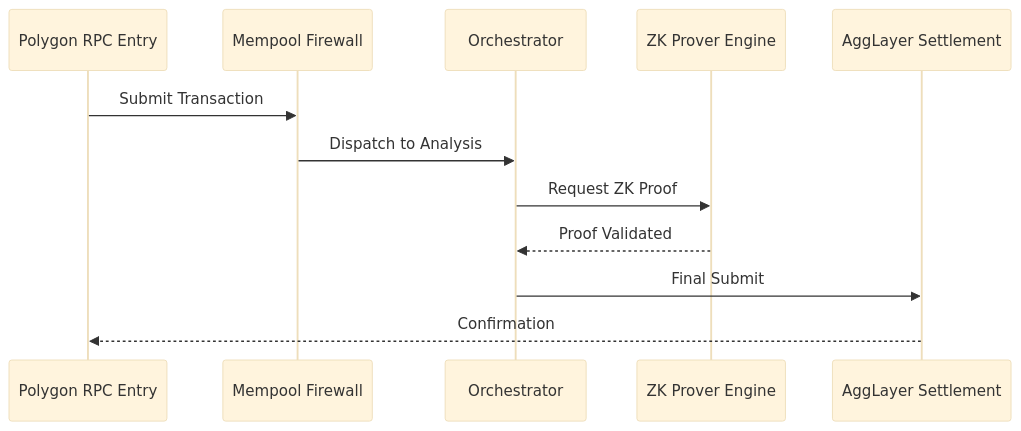
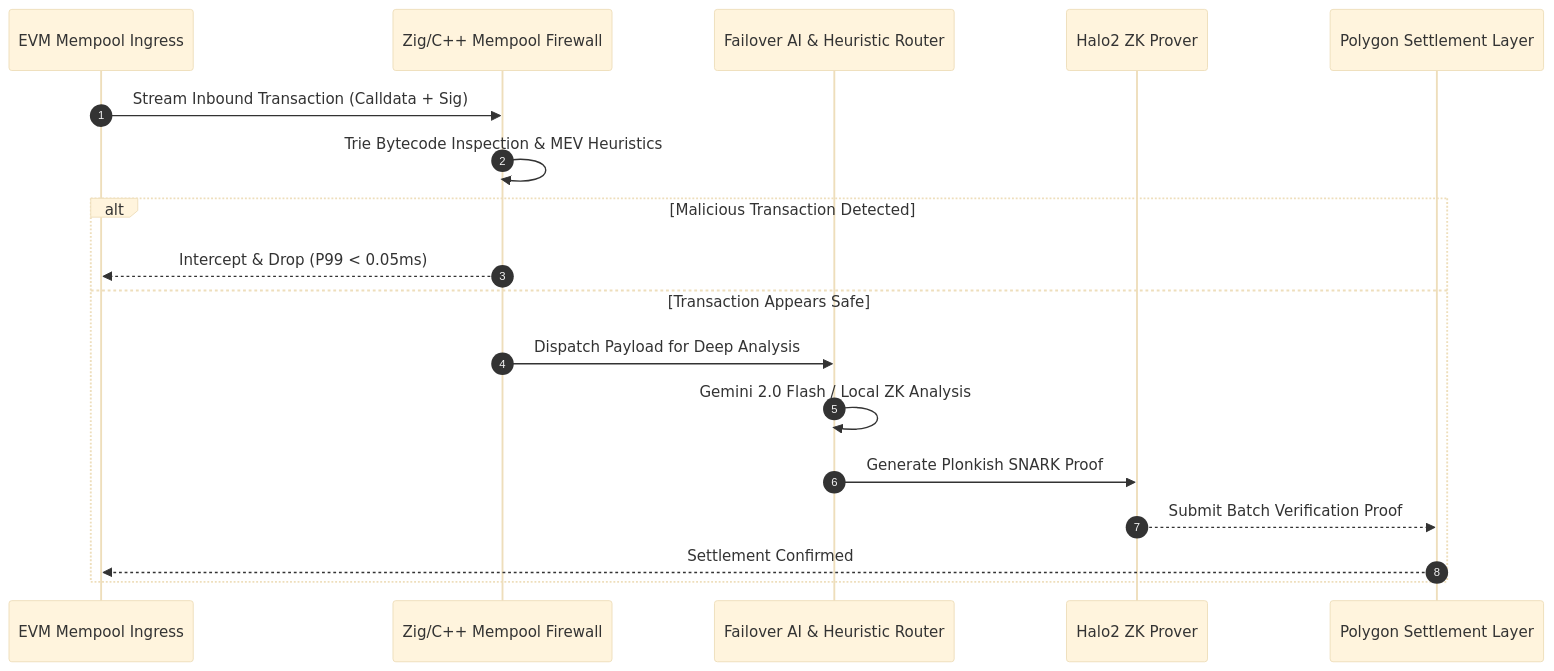
Before and after one commit to LogicGuard/kallipolis-zk: the third of 3 diagrams in README.md, drawn with Mermaid (base theme). The commit also changed other lines of this file and 34 other files, not shown here.

````diff
--- a/README.md
+++ b/README.md
@@ -187,15 +140,21 @@
 ```mermaid
 sequenceDiagram
-    participant R as Polygon RPC Entry
-    participant FW as Mempool Firewall
-    participant O as Orchestrator
-    participant P as ZK Prover Engine
-    participant AG as AggLayer Settlement
-    
-    R->>FW: Submit Transaction
-    FW->>O: Dispatch to Analysis
-    O->>P: Request ZK Proof
-    P-->>O: Proof Validated
-    O->>AG: Final Submit
-    AG-->>R: Confirmation
+    autonumber
+    participant Mempool as EVM Mempool Ingress
+    participant Firewall as Zig/C++ Mempool Firewall
+    participant Router as Failover AI & Heuristic Router
+    participant Prover as Halo2 ZK Prover
+    participant AggLayer as Polygon Settlement Layer
+
+    Mempool->>Firewall: Stream Inbound Transaction (Calldata + Sig)
+    Firewall->>Firewall: Trie Bytecode Inspection & MEV Heuristics
+    alt Malicious Transaction Detected
+        Firewall-->>Mempool: Intercept & Drop (P99 < 0.05ms)
+    else Transaction Appears Safe
+        Firewall->>Router: Dispatch Payload for Deep Analysis
+        Router->>Router: Gemini 2.0 Flash / Local ZK Analysis
+        Router->>Prover: Generate Plonkish SNARK Proof
+        Prover-->>AggLayer: Submit Batch Verification Proof
+        AggLayer-->>Mempool: Settlement Confirmed
+    end
 ```
````
